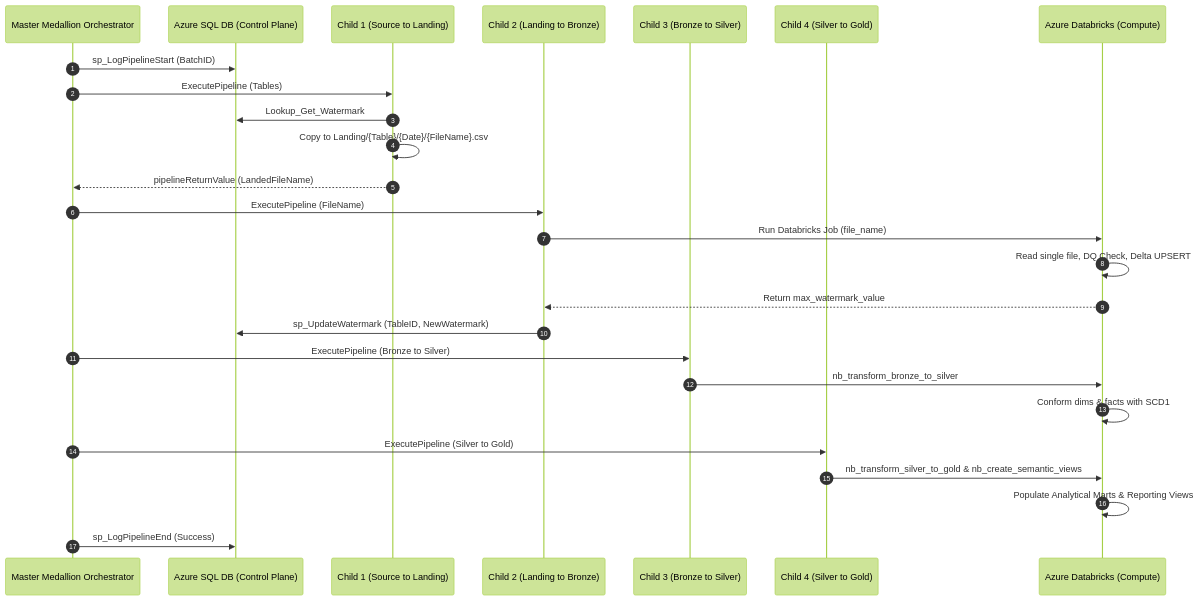
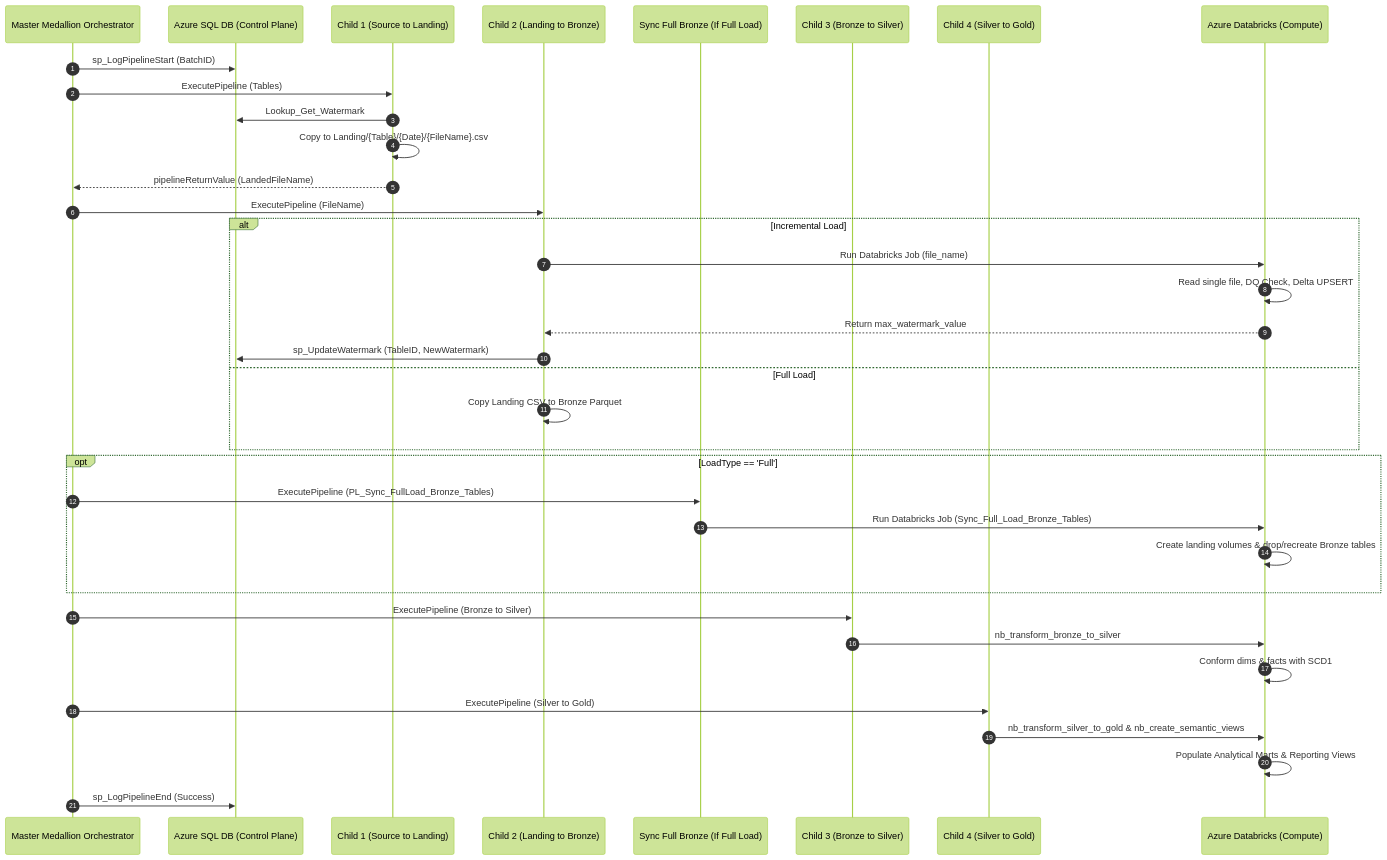
Before and after one commit to debaguddu/home-azure-project: the second of 2 diagrams in docs/LLD_Pipeline_Specifications.md, drawn with Mermaid (forest theme). The commit also changed other lines of this file and 5 other files, not shown here.

Commit message:
feat: add full load bronze sync notebook, job, pipeline and LLD specs

````diff
--- a/docs/LLD_Pipeline_Specifications.md
+++ b/docs/LLD_Pipeline_Specifications.md
@@ -197,29 +219,39 @@
 ```mermaid
 sequenceDiagram
     autonumber
     participant ADF as Master Medallion Orchestrator
     participant SQL as Azure SQL DB (Control Plane)
     participant C1 as Child 1 (Source to Landing)
     participant C2 as Child 2 (Landing to Bronze)
+    participant CSync as Sync Full Bronze (If Full Load)
     participant C3 as Child 3 (Bronze to Silver)
     participant C4 as Child 4 (Silver to Gold)
     participant ADB as Azure Databricks (Compute)
 
     ADF->>SQL: sp_LogPipelineStart (BatchID)
     ADF->>C1: ExecutePipeline (Tables)
     C1->>SQL: Lookup_Get_Watermark
     C1->>C1: Copy to Landing/{Table}/{Date}/{FileName}.csv
     C1-->>ADF: pipelineReturnValue (LandedFileName)
     ADF->>C2: ExecutePipeline (FileName)
-    C2->>ADB: Run Databricks Job (file_name)
-    ADB->>ADB: Read single file, DQ Check, Delta UPSERT
-    ADB-->>C2: Return max_watermark_value
-    C2->>SQL: sp_UpdateWatermark (TableID, NewWatermark)
+    alt Incremental Load
+        C2->>ADB: Run Databricks Job (file_name)
+        ADB->>ADB: Read single file, DQ Check, Delta UPSERT
+        ADB-->>C2: Return max_watermark_value
+        C2->>SQL: sp_UpdateWatermark (TableID, NewWatermark)
+    else Full Load
+        C2->>C2: Copy Landing CSV to Bronze Parquet
+    end
+    opt LoadType == 'Full'
+        ADF->>CSync: ExecutePipeline (PL_Sync_FullLoad_Bronze_Tables)
+        CSync->>ADB: Run Databricks Job (Sync_Full_Load_Bronze_Tables)
+        ADB->>ADB: Create landing volumes & drop/recreate Bronze tables
+    end
     ADF->>C3: ExecutePipeline (Bronze to Silver)
     C3->>ADB: nb_transform_bronze_to_silver
     ADB->>ADB: Conform dims & facts with SCD1
     ADF->>C4: ExecutePipeline (Silver to Gold)
     C4->>ADB: nb_transform_silver_to_gold & nb_create_semantic_views
     ADB->>ADB: Populate Analytical Marts & Reporting Views
     ADF->>SQL: sp_LogPipelineEnd (Success)
 ```
````
